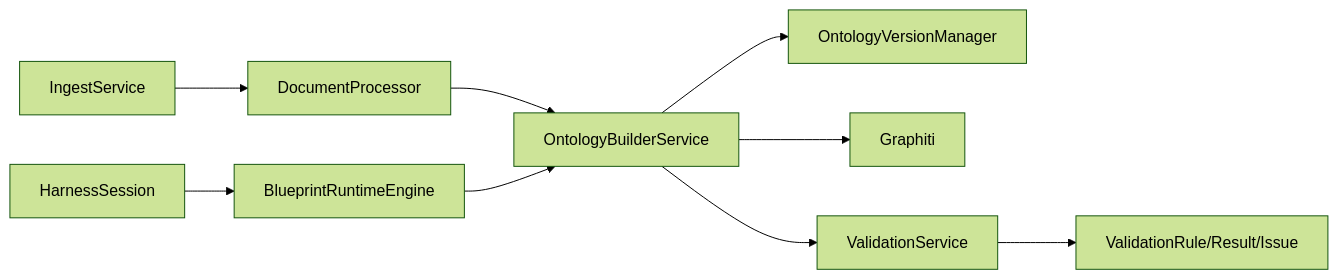
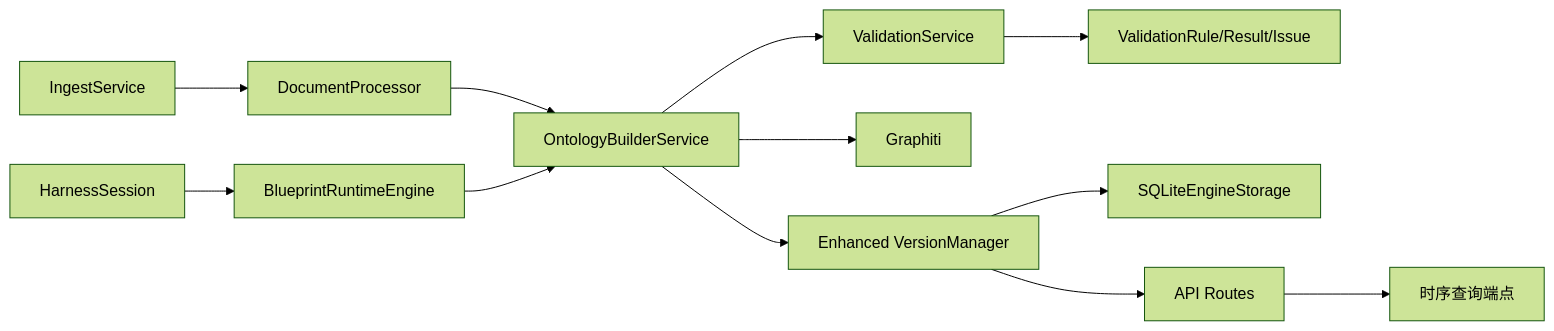
Diagram 11 of 11 in .qoder/repowiki/zh/content/架构设计/分层架构设计/L3-L4 业务层/本体管理引擎.md (inier/ontology-graphiti), drawn with Mermaid (forest theme) before and after one commit. The commit also changed other lines of this file and 76 other files, not shown here.

````diff
--- a/.qoder/repowiki/zh/content/架构设计/分层架构设计/L3-L4 业务层/本体管理引擎.md
+++ b/.qoder/repowiki/zh/content/架构设计/分层架构设计/L3-L4 业务层/本体管理引擎.md
@@ -452,11 +572,14 @@
 ```mermaid
 graph LR
 Ingest["IngestService"] --> Proc["DocumentProcessor"]
 Proc --> Builder["OntologyBuilderService"]
-Builder --> VerMgr["OntologyVersionManager"]
+Builder --> VerMgr["Enhanced VersionManager"]
 Builder --> Graph["Graphiti"]
 Builder --> Val["ValidationService"]
 Val --> Rules["ValidationRule/Result/Issue"]
 Blueprint["BlueprintRuntimeEngine"] --> Builder
 Harness["HarnessSession"] --> Blueprint
+VerMgr --> Storage["SQLiteEngineStorage"]
+VerMgr --> Routes["API Routes"]
+Routes --> TemporalQuery["时序查询端点"]
 ```
````
